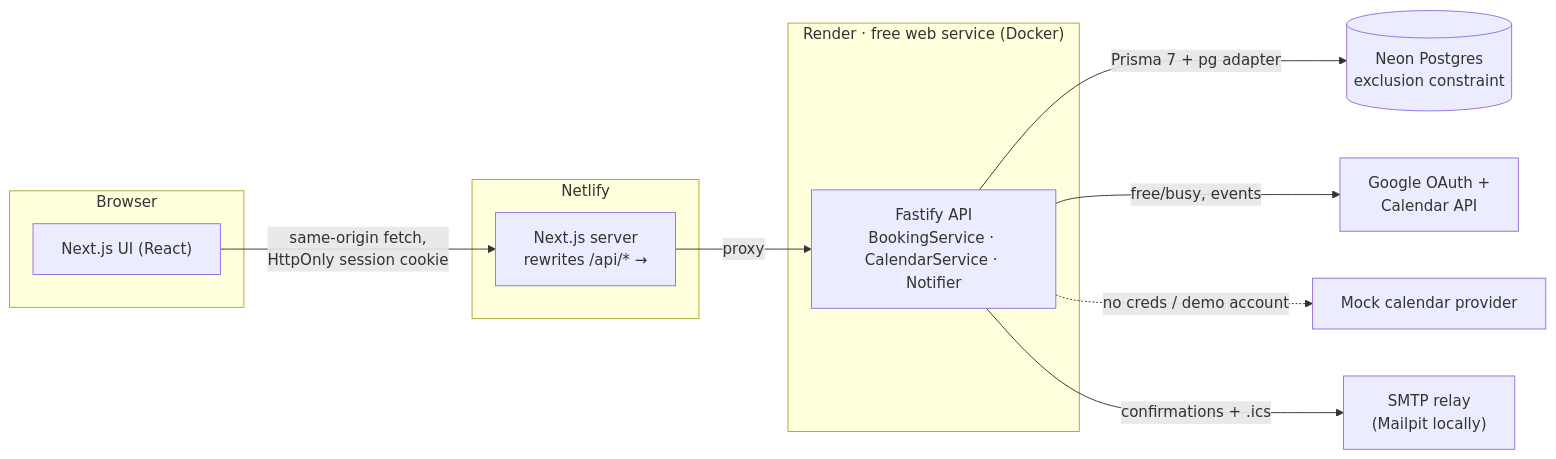
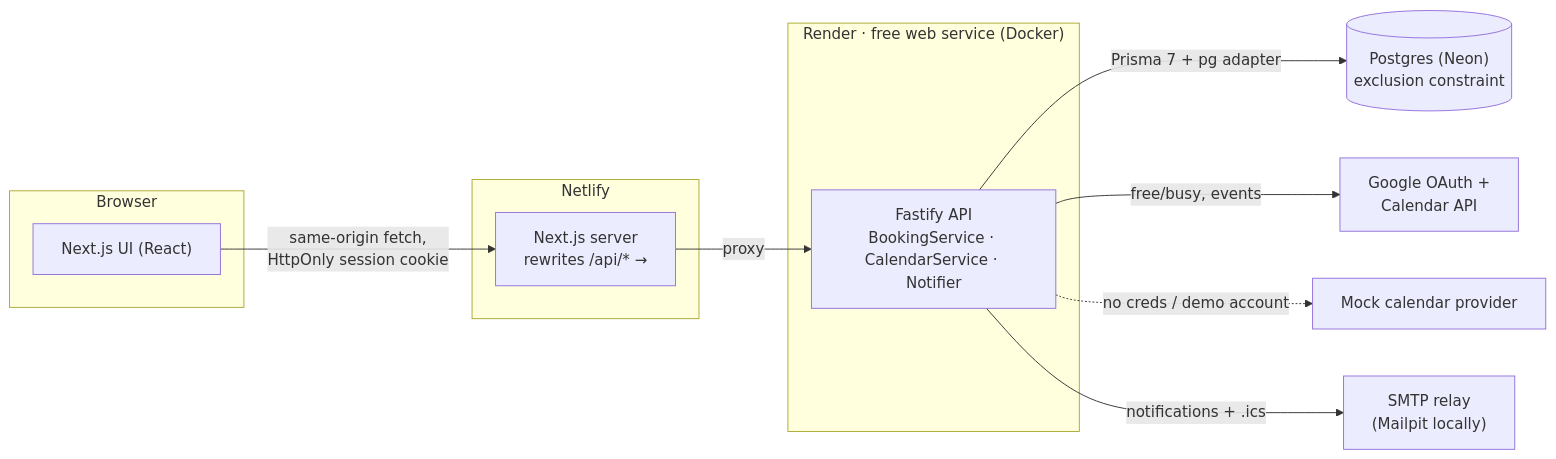
The first of 2 diagrams in README.md (temitopeagbola/MeetQueue), drawn with Mermaid before and after one commit. The commit also changed other lines of this file and 1 other file, not shown here.

````diff
--- a/README.md
+++ b/README.md
@@ -44,23 +83,23 @@
 ```mermaid
 flowchart LR
   subgraph Browser
     UI["Next.js UI (React)"]
   end
   subgraph Netlify
     NEXT["Next.js server<br/>rewrites /api/* →"]
   end
   subgraph Render["Render · free web service (Docker)"]
     API["Fastify API<br/>BookingService · CalendarService · Notifier"]
   end
-  DB[("Neon Postgres<br/>exclusion constraint")]
+  DB[("Postgres (Neon)<br/>exclusion constraint")]
   GOOGLE["Google OAuth +<br/>Calendar API"]
   MOCK["Mock calendar provider"]
   SMTP["SMTP relay<br/>(Mailpit locally)"]
 
   UI -- "same-origin fetch,<br/>HttpOnly session cookie" --> NEXT
   NEXT -- "proxy" --> API
   API -- "Prisma 7 + pg adapter" --> DB
   API -- "free/busy, events" --> GOOGLE
   API -. "no creds / demo account" .-> MOCK
-  API -- "confirmations + .ics" --> SMTP
+  API -- "notifications + .ics" --> SMTP
 ```
````
